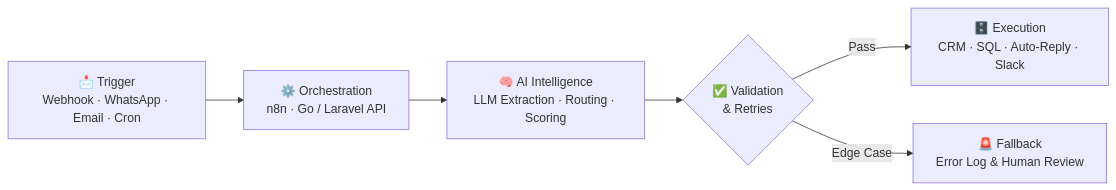
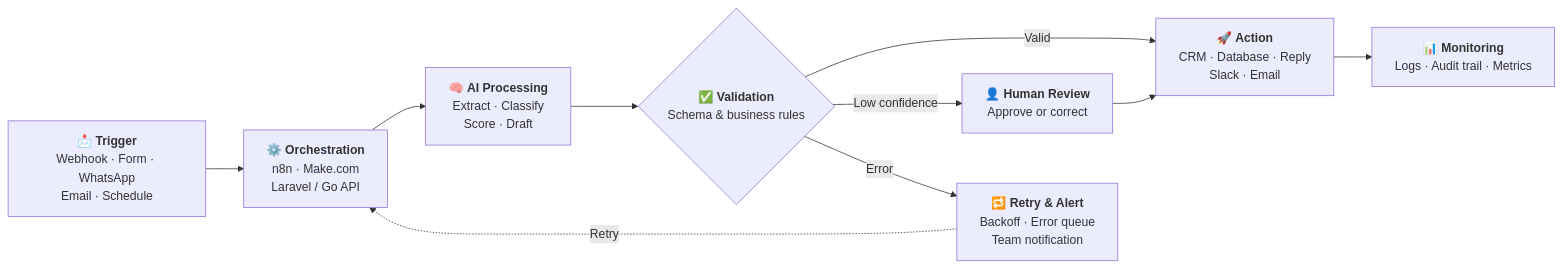
The diagram in README.md (EnamulHossain/EnamulHossain), drawn with Mermaid before and after one commit. The commit also changed other lines of this file, not shown here.

````diff
--- a/README.md
+++ b/README.md
@@ -87,8 +103,12 @@
 ```mermaid
 flowchart LR
-    A["📩 Trigger<br/>Webhook · WhatsApp · Email · Cron"] --> B["⚙️ Orchestration<br/>n8n · Go / Laravel API"]
-    B --> C["🧠 AI Intelligence<br/>LLM Extraction · Routing · Scoring"]
-    C --> D{"✅ Validation<br/>& Retries"}
-    D -- "Pass" --> E["🗄️ Execution<br/>CRM · SQL · Auto-Reply · Slack"]
-    D -- "Edge Case" --> F["🚨 Fallback<br/>Error Log & Human Review"]
+    A["📩 <b>Trigger</b><br/>Webhook · Form · WhatsApp<br/>Email · Schedule"] --> B["⚙️ <b>Orchestration</b><br/>n8n · Make.com<br/>Laravel / Go API"]
+    B --> C["🧠 <b>AI Processing</b><br/>Extract · Classify<br/>Score · Draft"]
+    C --> D{"✅ <b>Validation</b><br/>Schema & business rules"}
+    D -- "Valid" --> E["🚀 <b>Action</b><br/>CRM · Database · Reply<br/>Slack · Email"]
+    D -- "Low confidence" --> F["👤 <b>Human Review</b><br/>Approve or correct"]
+    F --> E
+    D -- "Error" --> G["🔁 <b>Retry & Alert</b><br/>Backoff · Error queue<br/>Team notification"]
+    G -. "Retry" .-> B
+    E --> H["📊 <b>Monitoring</b><br/>Logs · Audit trail · Metrics"]
 ```
````
